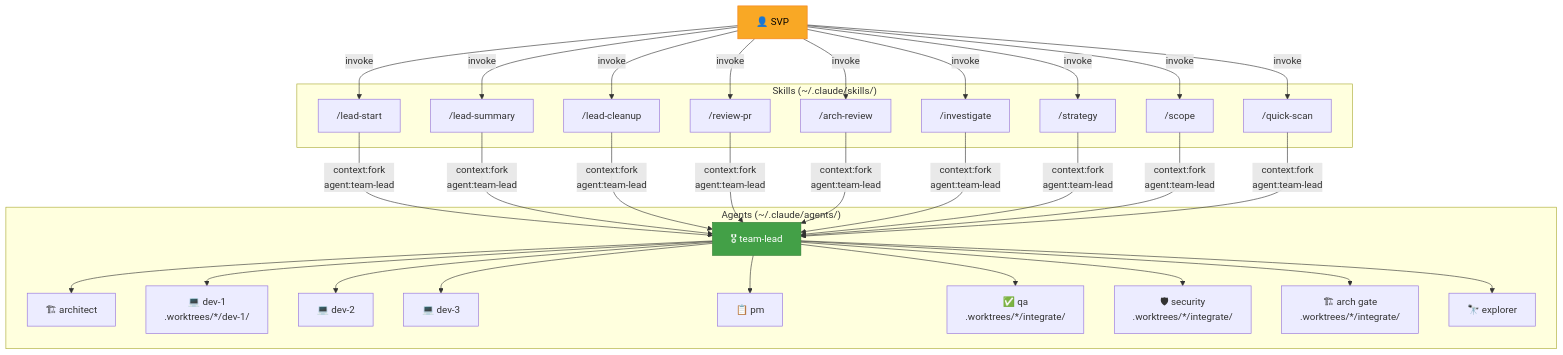
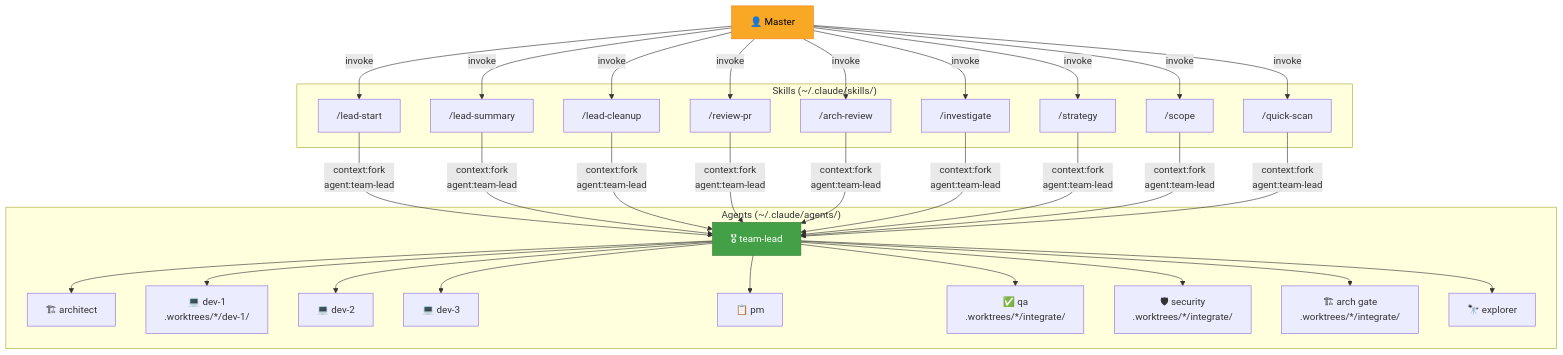
The diagram in README.md (samwang0723/claudecode-setup), drawn with Mermaid before and after one commit. The commit also changed other lines of this file and 3 other files, not shown here.

````diff
--- a/README.md
+++ b/README.md
@@ -48,36 +39,36 @@
 ```mermaid
 flowchart TB
-    SVP["👤 SVP"]
+    Master["👤 Master"]
 
     subgraph "Skills (~/.claude/skills/)"
         LS["/lead-start"]
         LSM["/lead-summary"]
         LC["/lead-cleanup"]
         RP["/review-pr"]
         AR["/arch-review"]
         INV["/investigate"]
         STR["/strategy"]
         SC["/scope"]
         QS["/quick-scan"]
     end
 
     subgraph "Agents (~/.claude/agents/)"
         TL["🎖 team-lead"]
         ARCH["🏗 architect"]
         D1["💻 dev-1\n.worktrees/*/dev-1/"]
         D2["💻 dev-2"]
         D3["💻 dev-3"]
         PM["📋 pm"]
         QA["✅ qa\n.worktrees/*/integrate/"]
         SEC["🛡 security\n.worktrees/*/integrate/"]
         AG["🏗 arch gate\n.worktrees/*/integrate/"]
         EXP["🔭 explorer"]
     end
 
-    SVP -->|"invoke"| LS & LSM & LC & RP & AR & INV & STR & SC & QS
+    Master -->|"invoke"| LS & LSM & LC & RP & AR & INV & STR & SC & QS
     LS & LSM & LC & RP & AR & INV & STR & SC & QS -->|"context:fork\nagent:team-lead"| TL
     TL --> ARCH & D1 & D2 & D3 & PM & QA & SEC & AG & EXP
 
-    style SVP fill:#f9a825,stroke:#f57f17,color:#000
+    style Master fill:#f9a825,stroke:#f57f17,color:#000
     style TL fill:#43a047,stroke:#2e7d32,color:#fff
 ```
````
